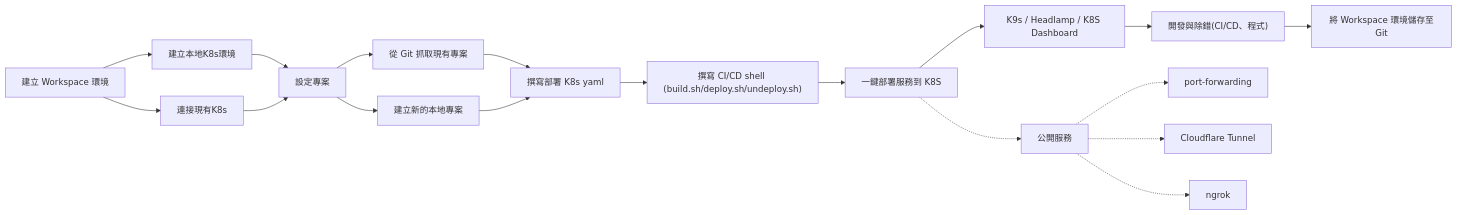
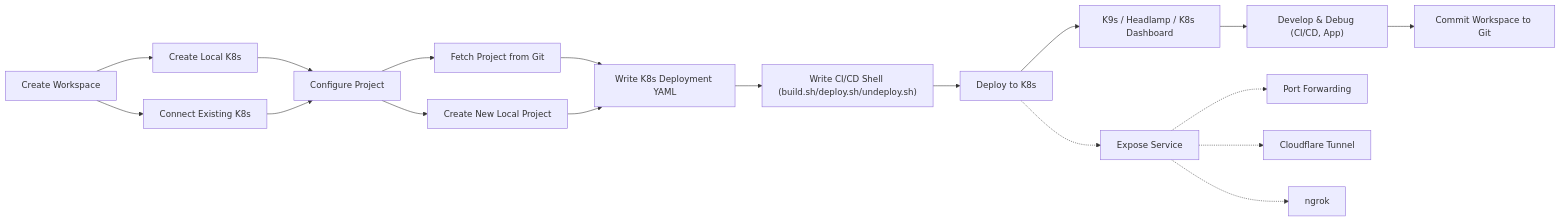
The diagram in README.md (r82wei/KDE-cli), drawn with Mermaid before and after one commit. The commit also changed other lines of this file and 1 other file, not shown here.

````diff
--- a/README.md
+++ b/README.md
@@ -50,39 +53,39 @@
 ```mermaid
 flowchart LR
-    create_workspace[建立 Workspace 環境]
-    create_local_k8s[建立本地K8s環境]
-    add_remote_k8s[連接現有K8s]
-    create_project[設定專案]
-    pull_repo[從 Git 抓取現有專案]
-    create_local_repo[建立新的本地專案]
-    k8s_yaml[撰寫部署 K8s yaml]
-    shell_script["撰寫 CI/CD shell (build.sh/deploy.sh/undeploy.sh)"]
-    deploy[一鍵部署服務到 K8S]
-    debug["開發與除錯(CI/CD、程式)"]
-    monitor[K9s / Headlamp / K8S Dashboard]
-    expose[公開服務]
-    port_forwarding[port-forwarding]
+    create_workspace[Create Workspace]
+    create_local_k8s[Create Local K8s]
+    add_remote_k8s[Connect Existing K8s]
+    create_project[Configure Project]
+    pull_repo[Fetch Project from Git]
+    create_local_repo[Create New Local Project]
+    k8s_yaml[Write K8s Deployment YAML]
+    shell_script["Write CI/CD Shell (build.sh/deploy.sh/undeploy.sh)"]
+    deploy[Deploy to K8s]
+    debug["Develop & Debug (CI/CD, App)"]
+    monitor[K9s / Headlamp / K8s Dashboard]
+    expose[Expose Service]
+    port_forwarding[Port Forwarding]
     cloudflare_tunnel[Cloudflare Tunnel]
     ngrok[ngrok]
-    git_push[將 Workspace 環境儲存至Git]
+    git_push[Commit Workspace to Git]
 
     create_workspace--> create_local_k8s
     create_workspace--> add_remote_k8s
     create_local_k8s --> create_project
     add_remote_k8s --> create_project
     create_project --> pull_repo
     create_project --> create_local_repo
     pull_repo --> k8s_yaml
     create_local_repo --> k8s_yaml
     k8s_yaml --> shell_script
     shell_script --> deploy
     deploy --> monitor
     monitor --> debug
     debug --> git_push
-    %% 公開服務
+    %% Expose Service
     deploy -.-> expose
     expose -.-> port_forwarding
     expose -.-> cloudflare_tunnel
     expose -.-> ngrok
 
 ```
````
